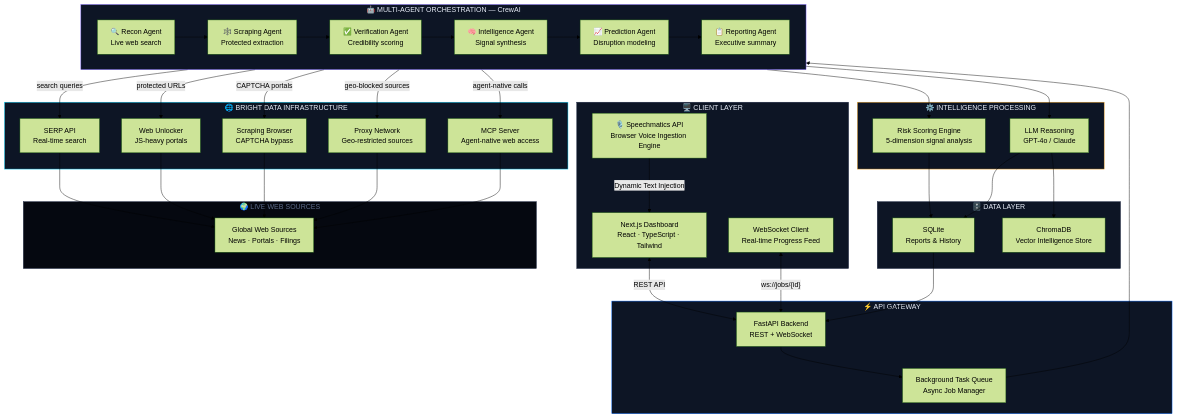
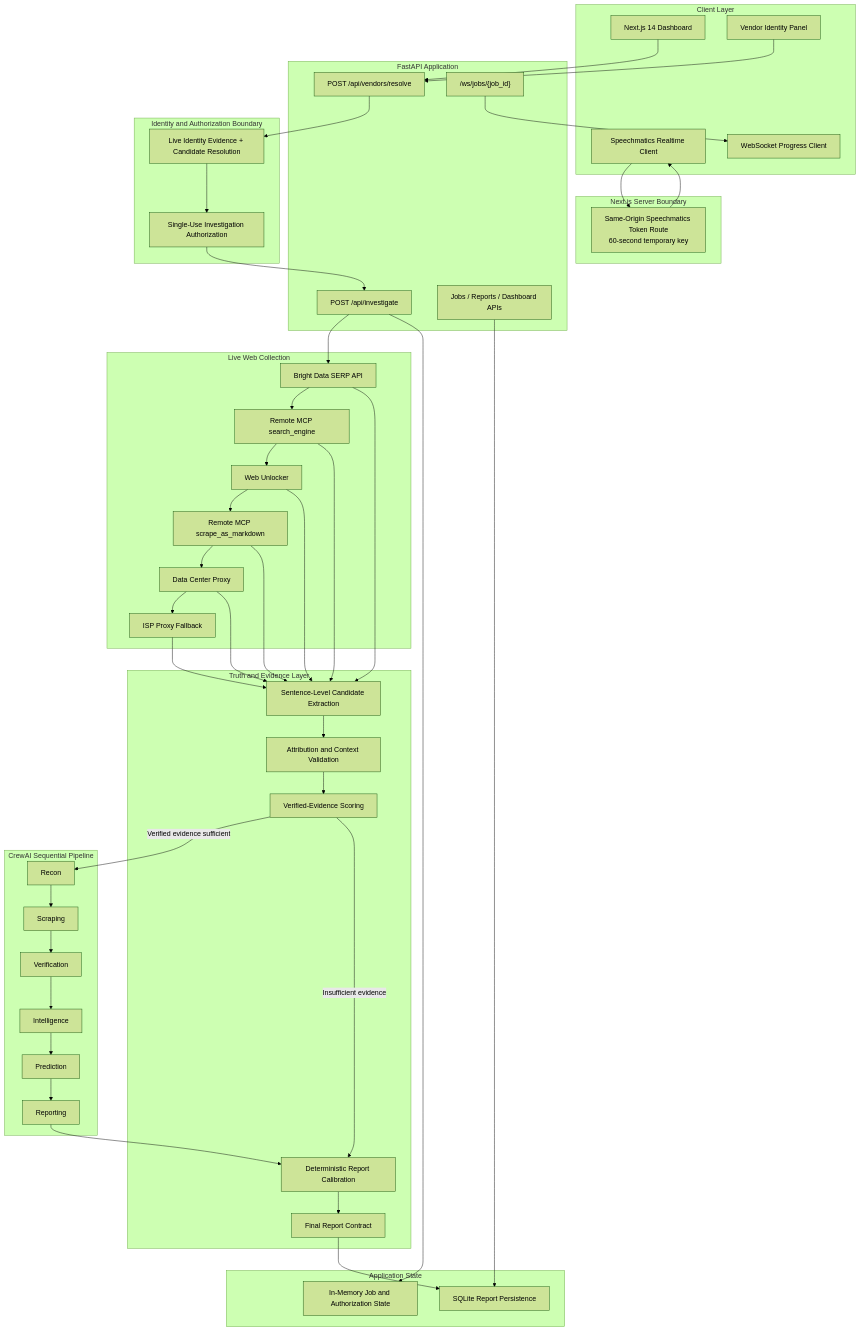
One commit to Jxxy123/sentinel-web-risk-intelligence changed the second of 3 diagrams in README.md. Above: the diagram before and after it, drawn with Mermaid (forest theme). The commit also changed other lines of this file, not shown here.

````diff
--- a/README.md
+++ b/README.md
@@ -146,71 +143,82 @@
 ```mermaid
 graph TB
-    subgraph CLIENT["🖥️  CLIENT LAYER"]
-        UI["Next.js Dashboard<br/>React · TypeScript · Tailwind"]
-        WS["WebSocket Client<br/>Real-time Progress Feed"]
-        SM["🎙️ Speechmatics API<br/>Browser Voice Ingestion Engine"]
+    subgraph CLIENT["Client Layer"]
+        UI["Next.js 14 Dashboard"]
+        VOICE["Speechmatics Realtime Client"]
+        IDP["Vendor Identity Panel"]
+        WS["WebSocket Progress Client"]
     end
 
-    subgraph GATEWAY["⚡  API GATEWAY"]
-        API["FastAPI Backend<br/>REST + WebSocket"]
-        BG["Background Task Queue<br/>Async Job Manager"]
+    subgraph FRONTEND_SERVER["Next.js Server Boundary"]
+        TOKEN["Same-Origin Speechmatics Token Route<br/>60-second temporary key"]
     end
 
-    subgraph AGENTS["🤖  MULTI-AGENT ORCHESTRATION  —  CrewAI"]
-        direction LR
-        A1["🔍 Recon Agent<br/>Live web search"]
-        A2["🕸️ Scraping Agent<br/>Protected extraction"]
-        A3["✅ Verification Agent<br/>Credibility scoring"]
-        A4["🧠 Intelligence Agent<br/>Signal synthesis"]
-        A5["📈 Prediction Agent<br/>Disruption modeling"]
-        A6["📋 Reporting Agent<br/>Executive summary"]
+    subgraph API["FastAPI Application"]
+        RESOLVE["POST /api/vendors/resolve"]
+        INVESTIGATE["POST /api/investigate"]
+        JOBS["Jobs / Reports / Dashboard APIs"]
+        SOCKET["/ws/jobs/{job_id}"]
+    end
+
+    subgraph TRUST["Identity and Authorization Boundary"]
+        IDENTITY["Live Identity Evidence + Candidate Resolution"]
+        AUTH["Single-Use Investigation Authorization"]
+    end
+
+    subgraph COLLECTION["Live Web Collection"]
+        SERP["Bright Data SERP API"]
+        MCP_SEARCH["Remote MCP search_engine"]
+        UNLOCKER["Web Unlocker"]
+        MCP_SCRAPE["Remote MCP scrape_as_markdown"]
+        DC["Data Center Proxy"]
+        ISP["ISP Proxy Fallback"]
+    end
+
+    subgraph EVIDENCE["Truth and Evidence Layer"]
+        EXTRACT["Sentence-Level Candidate Extraction"]
+        VERIFY["Attribution and Context Validation"]
+        SCORE["Verified-Evidence Scoring"]
+        CALIBRATE["Deterministic Report Calibration"]
+        CONTRACT["Final Report Contract"]
+    end
+
+    subgraph AGENTS["CrewAI Sequential Pipeline"]
+        A1["Recon"]
+        A2["Scraping"]
+        A3["Verification"]
+        A4["Intelligence"]
+        A5["Prediction"]
+        A6["Reporting"]
         A1 --> A2 --> A3 --> A4 --> A5 --> A6
     end
 
-    subgraph BRIGHTDATA["🌐  BRIGHT DATA INFRASTRUCTURE"]
-        BD1["SERP API<br/>Real-time search"]
-        BD2["Web Unlocker<br/>JS-heavy portals"]
-        BD3["Scraping Browser<br/>CAPTCHA bypass"]
-        BD4["Proxy Network<br/>Geo-restricted sources"]
-        BD5["MCP Server<br/>Agent-native web access"]
+    subgraph STORAGE["Application State"]
+        MEMORY["In-Memory Job and Authorization State"]
+        SQLITE["SQLite Report Persistence"]
     end
 
-    subgraph INTELLIGENCE["⚙️  INTELLIGENCE PROCESSING"]
-        RE["Risk Scoring Engine<br/>5-dimension signal analysis"]
-        LLM["LLM Reasoning<br/>GPT-4o / Claude"]
-    end
-
-    subgraph STORAGE["🗄️  DATA LAYER"]
-        DB["SQLite<br/>Reports & History"]
-        VDB["ChromaDB<br/>Vector Intelligence Store"]
-    end
-
-    subgraph WEB["🌍  LIVE WEB SOURCES"]
-        W_SRCS["Global Web Sources<br/>News · Portals · Filings"]
-    end
-
-    UI <-->|"REST API"| API
-    SM -->|"Dynamic Text Injection"| UI
-    WS <-->|"ws://jobs/{id}"| API
-    API --> BG
-    BG --> A1
-    A1 -->|"search queries"| BD1
-    A2 -->|"protected URLs"| BD2
-    A2 -->|"CAPTCHA portals"| BD3
-    A2 -->|"geo-blocked sources"| BD4
-    A1 -->|"agent-native calls"| BD5
-    BD1 & BD2 & BD3 & BD4 & BD5 --> W_SRCS
-    A6 --> RE
-    A6 --> LLM
-    RE & LLM --> DB
-    LLM --> VDB
-    DB --> API
-
-    style CLIENT fill:#0D1525,stroke:#1A2540,color:#E8EDF8
-    style GATEWAY fill:#0D1525,stroke:#0066FF,color:#E8EDF8
-    style AGENTS fill:#0D1525,stroke:#7B61FF,color:#E8EDF8
-    style BRIGHTDATA fill:#0D1525,stroke:#00D4FF,color:#E8EDF8
-    style INTELLIGENCE fill:#0D1525,stroke:#F5A623,color:#E8EDF8
-    style STORAGE fill:#0D1525,stroke:#1A2540,color:#E8EDF8
-    style WEB fill:#050810,stroke:#1A2540,color:#5C6A88
+    UI --> RESOLVE
+    IDP --> RESOLVE
+    VOICE --> TOKEN
+    TOKEN --> VOICE
+    RESOLVE --> IDENTITY
+    IDENTITY --> AUTH
+    AUTH --> INVESTIGATE
+    INVESTIGATE --> SERP
+    SERP --> MCP_SEARCH
+    MCP_SEARCH --> UNLOCKER
+    UNLOCKER --> MCP_SCRAPE
+    MCP_SCRAPE --> DC
+    DC --> ISP
+    SERP & MCP_SEARCH & UNLOCKER & MCP_SCRAPE & DC & ISP --> EXTRACT
+    EXTRACT --> VERIFY
+    VERIFY --> SCORE
+    SCORE -->|Verified evidence sufficient| A1
+    SCORE -->|Insufficient evidence| CALIBRATE
+    A6 --> CALIBRATE
+    CALIBRATE --> CONTRACT
+    CONTRACT --> SQLITE
+    INVESTIGATE --> MEMORY
+    JOBS --> SQLITE
+    SOCKET --> WS
 ```
````
